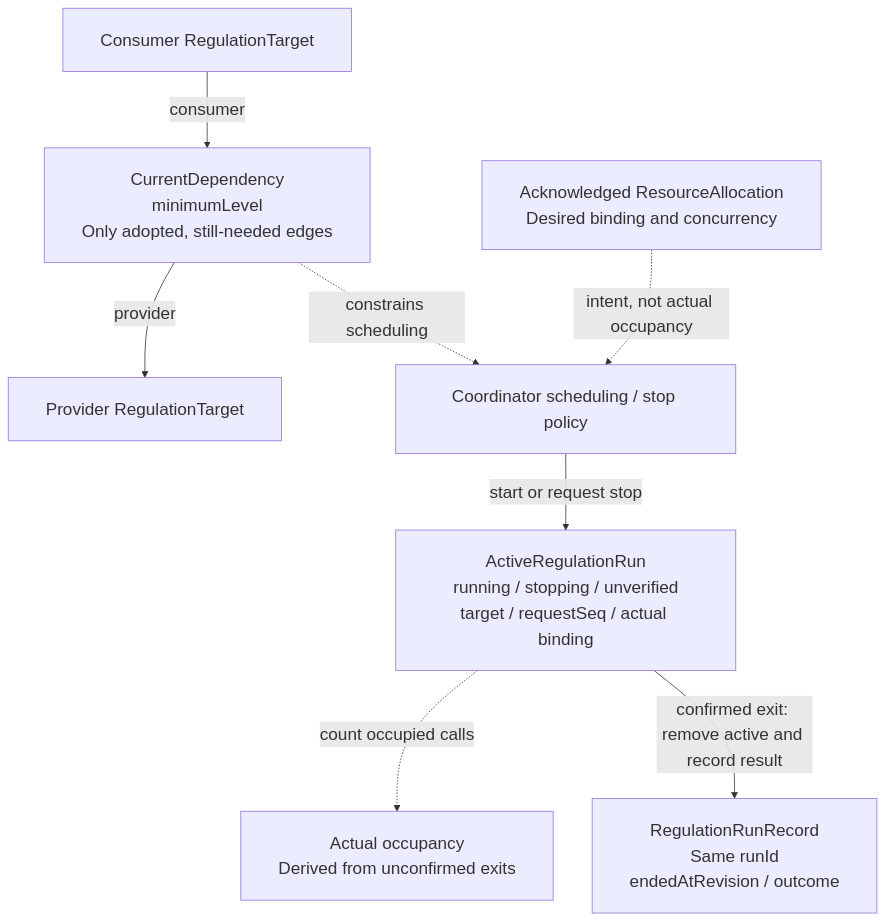
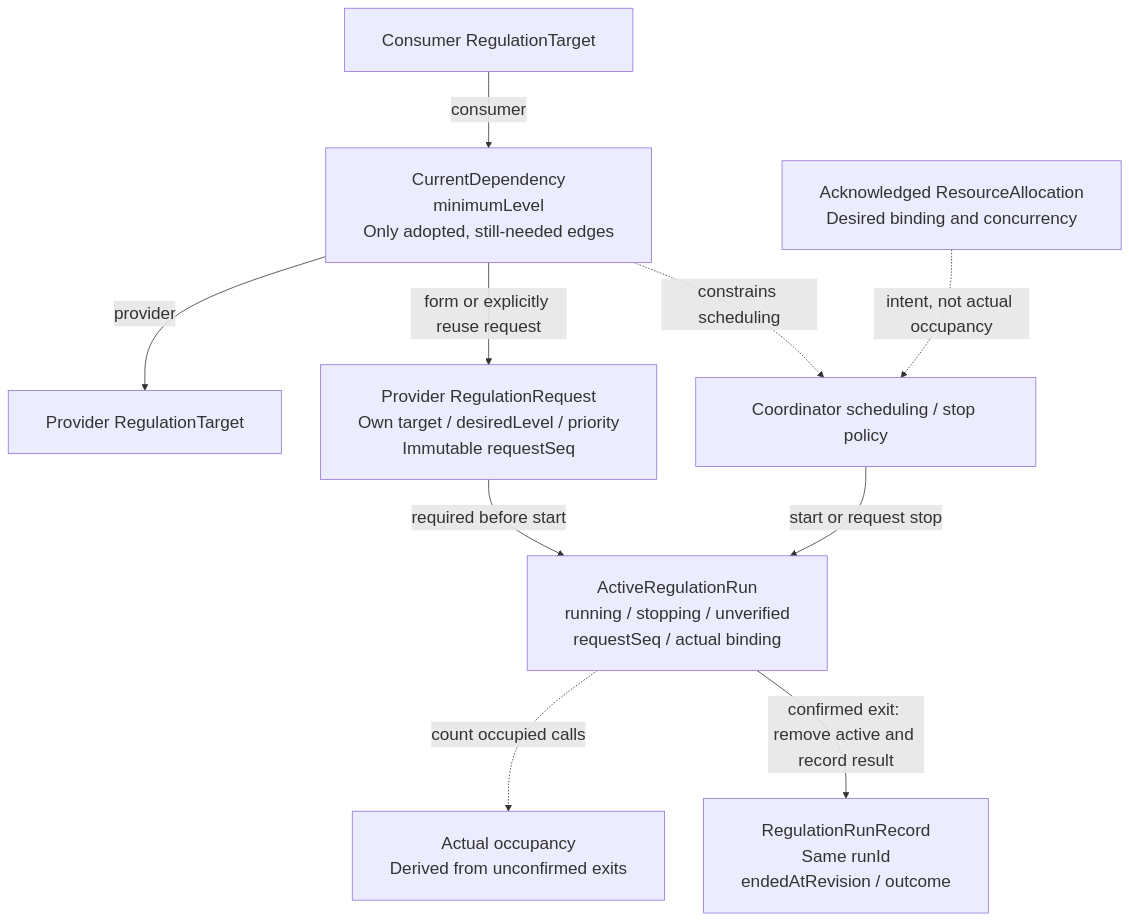
Before and after one commit to shazhou-ww/potential-guide: the fourth of 5 diagrams in .silvermoon/ideas/01M5E7N9F5Y0ZN1SYKDFYEVA20/outer/inner/ideal/Diagrams.md, drawn with Mermaid. The commit also changed other lines of this file and 9 other files, not shown here.

Commit message:
docs: require a request for every regulation run

````diff
--- a/.silvermoon/ideas/01M5E7N9F5Y0ZN1SYKDFYEVA20/outer/inner/ideal/Diagrams.md
+++ b/.silvermoon/ideas/01M5E7N9F5Y0ZN1SYKDFYEVA20/outer/inner/ideal/Diagrams.md
@@ -169,30 +172,33 @@
 ```mermaid
 ---
 config:
   fontFamily: Arial, Helvetica, sans-serif
   themeVariables:
     fontFamily: Arial, Helvetica, sans-serif
     fontSize: 22px
   flowchart:
     wrappingWidth: 340
     nodeSpacing: 50
     rankSpacing: 65
     padding: 24
 ---
 flowchart TB
     CONSUMER["Consumer RegulationTarget"]
     PROVIDER["Provider RegulationTarget"]
     DEP["CurrentDependency<br/>minimumLevel<br/>Only adopted, still-needed edges"]
-    ACTIVE["ActiveRegulationRun<br/>running / stopping / unverified<br/>target / requestSeq / actual binding"]
+    REQUEST["Provider RegulationRequest<br/>Own target / desiredLevel / priority<br/>Immutable requestSeq"]
+    ACTIVE["ActiveRegulationRun<br/>running / stopping / unverified<br/>requestSeq / actual binding"]
     OCCUPANCY["Actual occupancy<br/>Derived from unconfirmed exits"]
     ENDED["RegulationRunRecord<br/>Same runId<br/>endedAtRevision / outcome"]
     RESOURCE["Acknowledged ResourceAllocation<br/>Desired binding and concurrency"]
     POLICY["Coordinator scheduling / stop policy"]
     CONSUMER -->|consumer| DEP
     DEP -->|provider| PROVIDER
     DEP -.->|constrains scheduling| POLICY
+    DEP -->|form or explicitly reuse request| REQUEST
+    REQUEST -->|required before start| ACTIVE
     RESOURCE -.->|intent, not actual occupancy| POLICY
     POLICY -->|start or request stop| ACTIVE
     ACTIVE -.->|count occupied calls| OCCUPANCY
     ACTIVE -->|confirmed exit: remove active and record result| ENDED
 ```
````
